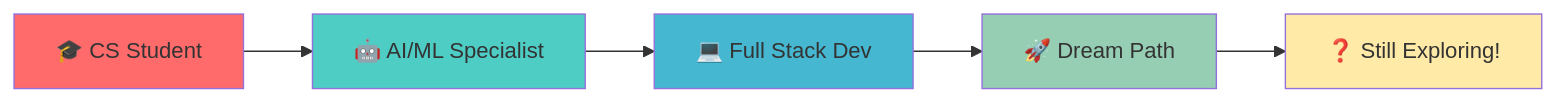
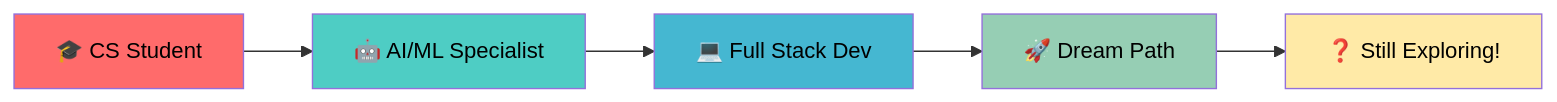
Before and after one commit to jovin-gigu/jovin-gigu: the diagram in README.md, drawn with Mermaid. The commit also changed other lines of this file, not shown here.

````diff
--- a/README.md
+++ b/README.md
@@ -100,13 +97,15 @@
 ```mermaid
 graph LR
     A[🎓 CS Student] --> B[🤖 AI/ML Specialist]
     B --> C[💻 Full Stack Dev]
     C --> D[🚀 Dream Path]
     D --> E[❓ Still Exploring!]
     
     style A fill:#ff6b6b
     style B fill:#4ecdc4
     style C fill:#45b7d1
     style D fill:#96ceb4
     style E fill:#ffeaa7
+    classDef blackFont fill-opacity:1,color:black;
+    class A,B,C,D,E blackFont
 ```
````
